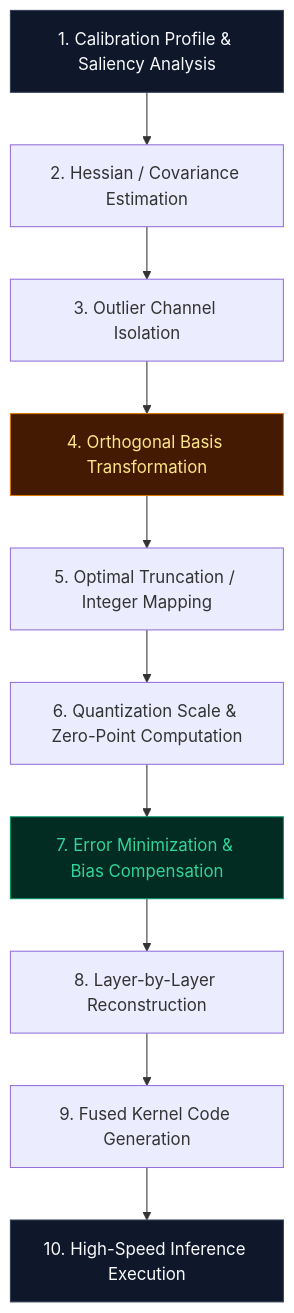
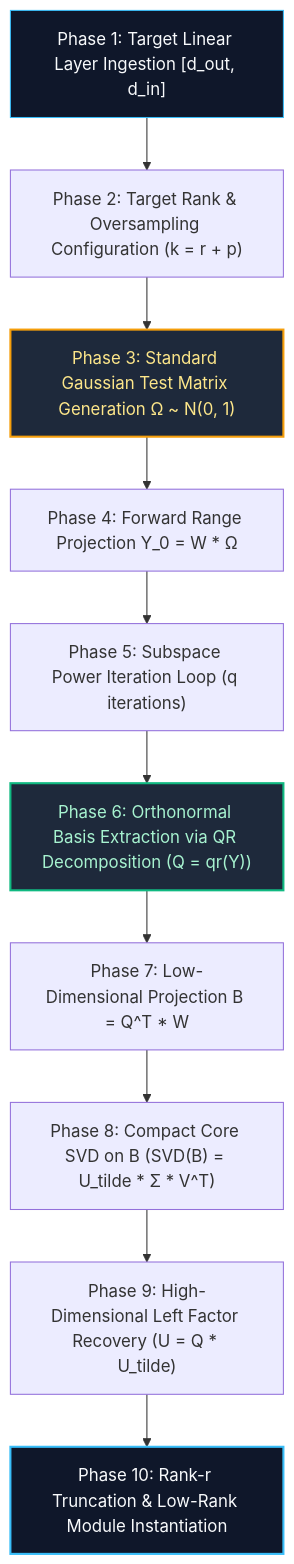
The third of 3 diagrams in Docs/content/compressions_blog/swift_svd_blog.md (tahamajs/NeuralOps), drawn with Mermaid before and after one commit. The commit also changed other lines of this file and 19 other files, not shown here.

````diff
--- a/Docs/content/compressions_blog/swift_svd_blog.md
+++ b/Docs/content/compressions_blog/swift_svd_blog.md
@@ -75,17 +122,17 @@
 ```mermaid
-graph TD
-    Step1["1. Calibration Profile & Saliency Analysis"] --> Step2["2. Hessian / Covariance Estimation"]
-    Step2 --> Step3["3. Outlier Channel Isolation"]
-    Step3 --> Step4["4. Orthogonal Basis Transformation"]
-    Step4 --> Step5["5. Optimal Truncation / Integer Mapping"]
-    Step5 --> Step6["6. Quantization Scale & Zero-Point Computation"]
-    Step6 --> Step7["7. Error Minimization & Bias Compensation"]
-    Step7 --> Step8["8. Layer-by-Layer Reconstruction"]
-    Step8 --> Step9["9. Fused Kernel Code Generation"]
-    Step9 --> Step10["10. High-Speed Inference Execution"]
+flowchart TD
+    P1["Phase 1: Target Linear Layer Ingestion [d_out, d_in]"] --> P2["Phase 2: Target Rank & Oversampling Configuration (k = r + p)"]
+    P2 --> P3["Phase 3: Standard Gaussian Test Matrix Generation Ω ~ N(0, 1)"]
+    P3 --> P4["Phase 4: Forward Range Projection Y_0 = W * Ω"]
+    P4 --> P5["Phase 5: Subspace Power Iteration Loop (q iterations)"]
+    P5 --> P6["Phase 6: Orthonormal Basis Extraction via QR Decomposition (Q = qr(Y))"]
+    P6 --> P7["Phase 7: Low-Dimensional Projection B = Q^T * W"]
+    P7 --> P8["Phase 8: Compact Core SVD on B (SVD(B) = U_tilde * Σ * V^T)"]
+    P8 --> P9["Phase 9: High-Dimensional Left Factor Recovery (U = Q * U_tilde)"]
+    P9 --> P10["Phase 10: Rank-r Truncation & Low-Rank Module Instantiation"]
 
-    style Step1 fill:#0F172A,stroke:#334155,color:#F8FAFC
-    style Step4 fill:#451A03,stroke:#D97706,color:#FDE68A
-    style Step7 fill:#022C22,stroke:#059669,color:#34D399
-    style Step10 fill:#0F172A,stroke:#334155,color:#F8FAFC
+    style P1 fill:#0F172A,stroke:#38BDF8,stroke-width:1px,color:#F8FAFC
+    style P3 fill:#1E293B,stroke:#F59E0B,stroke-width:2px,color:#FDE68A
+    style P6 fill:#1E293B,stroke:#10B981,stroke-width:2px,color:#A7F3D0
+    style P10 fill:#0F172A,stroke:#38BDF8,stroke-width:2px,color:#F8FAFC
 ```
````
